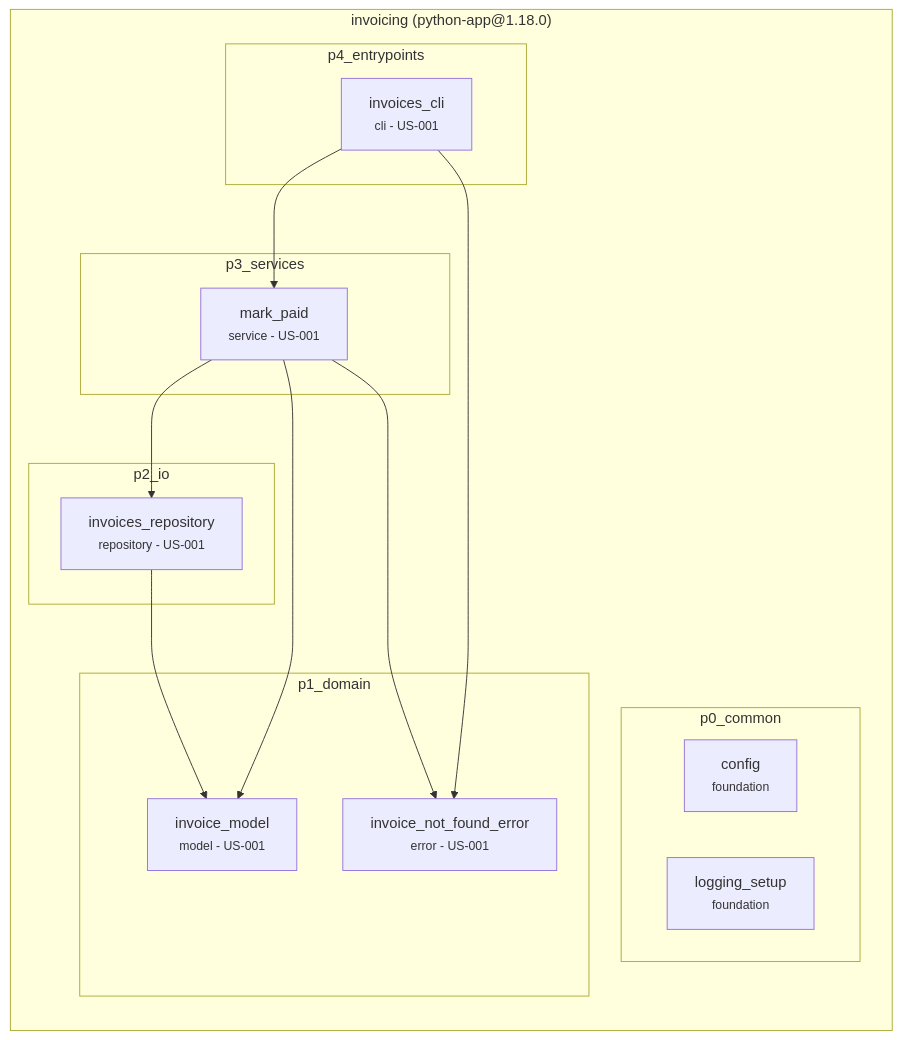
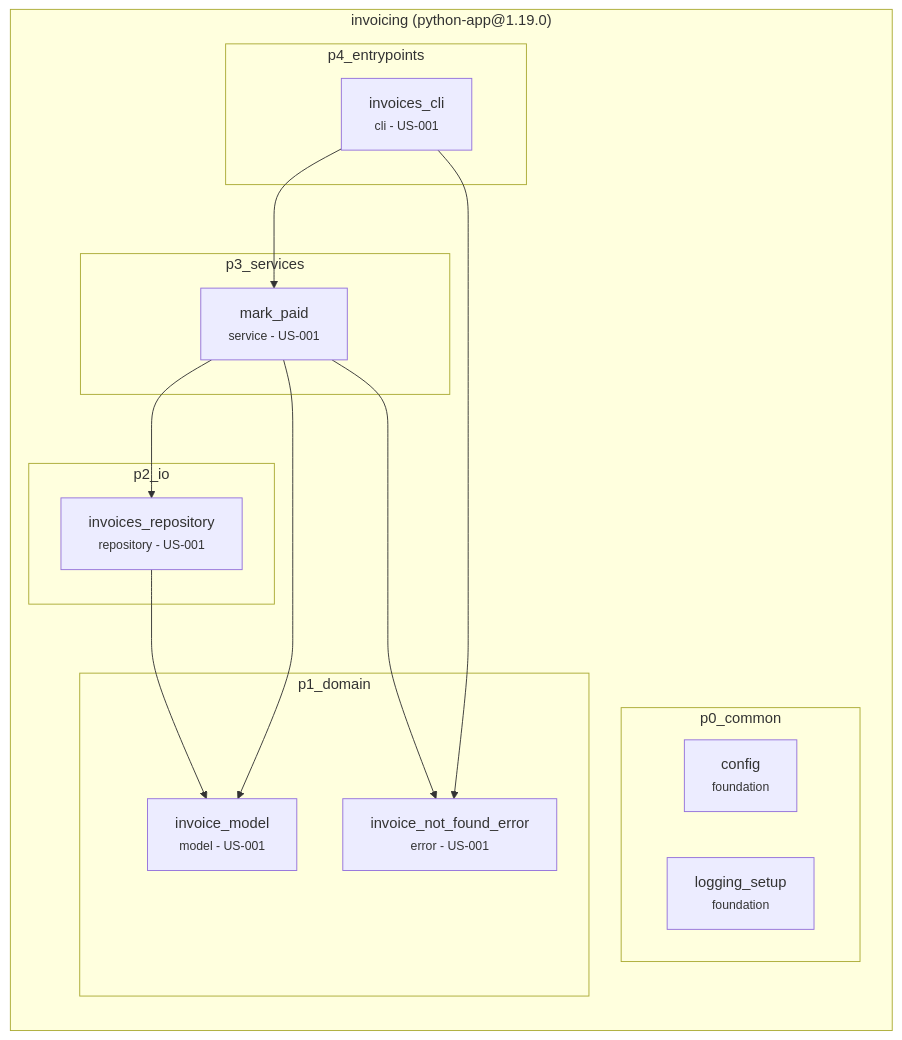
The diagram in contract/archvow/examples/python-app/.archvow/spec.md (archvow/archvow-plugin), drawn with Mermaid before and after one commit. The commit also changed other lines of this file and 119 other files, not shown here.

````diff
--- a/contract/archvow/examples/python-app/.archvow/spec.md
+++ b/contract/archvow/examples/python-app/.archvow/spec.md
@@ -11,30 +11,30 @@
 ```mermaid
 flowchart TB
-  subgraph invoicing["invoicing (python-app@1.18.0)"]
+  subgraph invoicing["invoicing (python-app@1.19.0)"]
     direction TB
     subgraph invoicing__p0_common["p0_common"]
       invoicing__config["config<br/><small>foundation</small>"]
       invoicing__logging_setup["logging_setup<br/><small>foundation</small>"]
     end
     subgraph invoicing__p1_domain["p1_domain"]
       invoicing__invoice_model["invoice_model<br/><small>model - US-001</small>"]
       invoicing__invoice_not_found_error["invoice_not_found_error<br/><small>error - US-001</small>"]
     end
     subgraph invoicing__p2_io["p2_io"]
       invoicing__invoices_repository["invoices_repository<br/><small>repository - US-001</small>"]
     end
     subgraph invoicing__p3_services["p3_services"]
       invoicing__mark_paid["mark_paid<br/><small>service - US-001</small>"]
     end
     subgraph invoicing__p4_entrypoints["p4_entrypoints"]
       invoicing__invoices_cli["invoices_cli<br/><small>cli - US-001</small>"]
     end
   end
   invoicing__invoices_repository --> invoicing__invoice_model
   invoicing__mark_paid --> invoicing__invoice_model
   invoicing__mark_paid --> invoicing__invoice_not_found_error
   invoicing__mark_paid --> invoicing__invoices_repository
   invoicing__invoices_cli --> invoicing__mark_paid
   invoicing__invoices_cli --> invoicing__invoice_not_found_error
   classDef empty fill:none,stroke:none
 ```
````
